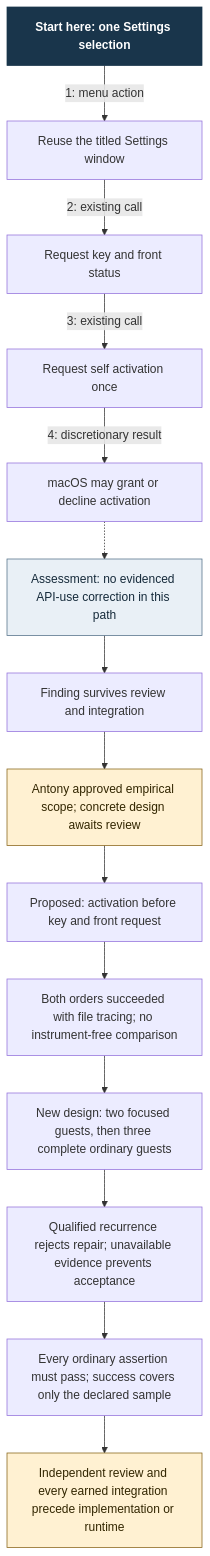
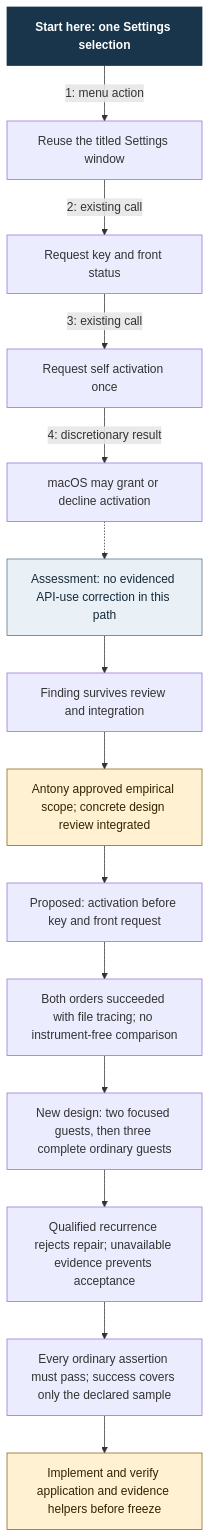
The diagram in docs/design/architecture/settings-activation/correction-assessment.mmd (Linkuistics/Koine), drawn with Mermaid before and after one commit. The commit also changed 20 other files, not shown here.

Commit message:
settings-activation-ordering-evaluation-k51: integrate ordering design review

```diff
--- a/docs/design/architecture/settings-activation/correction-assessment.mmd
+++ b/docs/design/architecture/settings-activation/correction-assessment.mmd
@@ -1,18 +1,18 @@
 flowchart TD
     S["Start here: one Settings selection"]:::start
     S -->|1: menu action| W["Reuse the titled Settings window"]
     W -->|2: existing call| K["Request key and front status"]
     K -->|3: existing call| A["Request self activation once"]
     A -->|4: discretionary result| O["macOS may grant or decline activation"]
     O -.-> F["Assessment: no evidenced API-use correction in this path"]:::finding
     F --> R["Finding survives review and integration"]
-    R --> Q["Antony approved empirical scope; concrete design awaits review"]:::hold
+    R --> Q["Antony approved empirical scope; concrete design review integrated"]:::hold
     Q --> E["Proposed: activation before key and front request"]
     E --> I["Both orders succeeded with file tracing; no instrument-free comparison"]
     I --> C["New design: two focused guests, then three complete ordinary guests"]
     C --> P["Qualified recurrence rejects repair; unavailable evidence prevents acceptance"]
     P --> B["Every ordinary assertion must pass; success covers only the declared sample"]
-    B --> D["Independent review and every earned integration precede implementation or runtime"]:::hold
+    B --> D["Implement and verify application and evidence helpers before freeze"]:::hold
     classDef start fill:#19354b,color:#fff,font-weight:bold,stroke:#19354b
     classDef finding fill:#e9f0f6,color:#152a3a,stroke:#526f87
     classDef hold fill:#fff1d2,color:#322600,stroke:#866216
```
